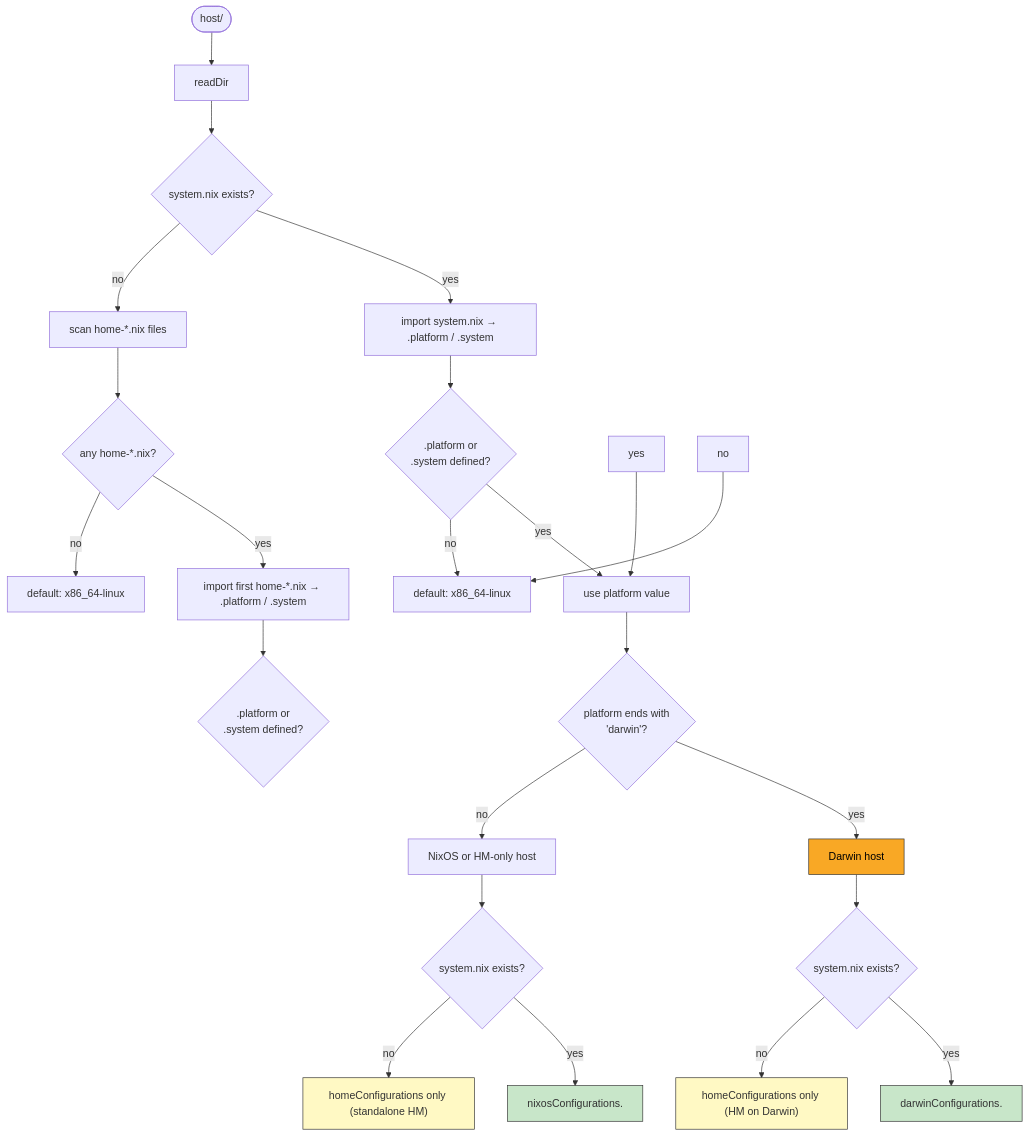
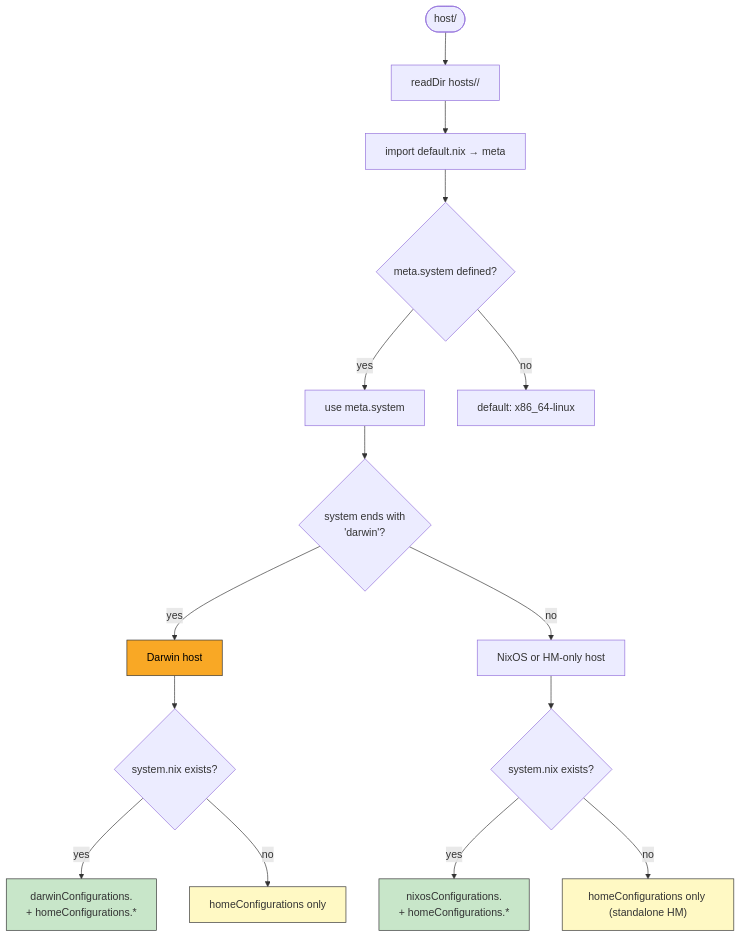
The third of 6 diagrams in DESIGN.md (WombatFromHell/automatic-palm-tree), drawn with Mermaid before and after one commit. The commit also changed other lines of this file and 14 other files, not shown here.

````diff
--- a/DESIGN.md
+++ b/DESIGN.md
@@ -116,38 +109,26 @@
 ```mermaid
 flowchart TD
-    Start(["host/"]) --> readDir["readDir"]
-    readDir --> hasSys{"system.nix exists?"}
+    Start(["host/"]) --> readDir["readDir hosts/<name>/"]
+    readDir --> readMeta["import default.nix → meta"]
+    readMeta --> hasMeta{"meta.system defined?"}
+    hasMeta -->|yes| finalSys["use meta.system"]
+    hasMeta -->|no| defaultSys["default: x86_64-linux"]
 
-    hasSys -->|yes| getSysPlat["import system.nix → .platform / .system"]
-    hasSys -->|no| getHomePlat["scan home-*.nix files"]
-
-    getSysPlat --> platFound{".platform or\n.system defined?"}
-    platFound -->|yes| finalPlat["use platform value"]
-    platFound -->|no| defaultPlat["default: x86_64-linux"]
-
-    getHomePlat --> hasUsers{"any home-*.nix?"}
-    hasUsers -->|yes| getFirstUser["import first home-*.nix → .platform / .system"]
-    getFirstUser --> platFound2{".platform or\n.system defined?"}
-    plat2_yes["yes"] --> finalPlat
-    plat2_no["no"] --> defaultPlat
-
-    hasUsers -->|no| defaultHome["default: x86_64-linux"]
-
-    finalPlat --> classify{"platform ends with\n'darwin'?"}
+    finalSys --> classify{"system ends with\n'darwin'?"}
     classify -->|yes| darwinHost["Darwin host"]
     classify -->|no| linuxHost["NixOS or HM-only host"]
 
-    darwinHost --> hasSys2{"system.nix exists?"}
-    hasSys2 -->|yes| fullDarwin["darwinConfigurations.<host>"]
-    hasSys2 -->|no| hmOnlyDarwin["homeConfigurations only (HM on Darwin)"]
+    darwinHost --> hasSys{"system.nix exists?"}
+    hasSys -->|yes| fullDarwin["darwinConfigurations.<host>\n+ homeConfigurations.*"]
+    hasSys -->|no| hmOnlyDarwin["homeConfigurations only"]
 
-    linuxHost --> hasSys3{"system.nix exists?"}
-    hasSys3 -->|yes| fullLinux["nixosConfigurations.<host>"]
-    hasSys3 -->|no| hmOnlyLinux["homeConfigurations only (standalone HM)"]
+    linuxHost --> hasSys2{"system.nix exists?"}
+    hasSys2 -->|yes| fullLinux["nixosConfigurations.<host>\n+ homeConfigurations.*"]
+    hasSys2 -->|no| hmOnlyLinux["homeConfigurations only (standalone HM)"]
 
     style darwinHost fill:#f9a825,stroke:#333,color:#000
     style fullDarwin fill:#c8e6c9,stroke:#333
     style fullLinux fill:#c8e6c9,stroke:#333
     style hmOnlyDarwin fill:#fff9c4,stroke:#333
     style hmOnlyLinux fill:#fff9c4,stroke:#333
 ```
````
